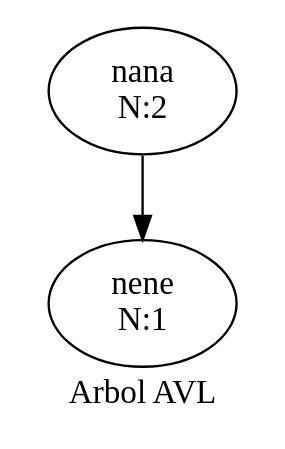
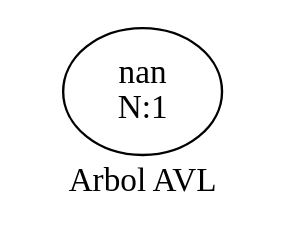
The diagram in EDD_Proyecto2/ArchivosDot/ArbolAVL.dot (hr9457/EDD_1S2020_PY2_201314296), drawn with Graphviz before and after one commit. The commit also changed 16 other files, not shown here.

```diff
--- a/EDD_Proyecto2/ArchivosDot/ArbolAVL.dot
+++ b/EDD_Proyecto2/ArchivosDot/ArbolAVL.dot
@@ -1,10 +1,7 @@
 digraph arbolAVL{
 rankdir=TB;
-nodonana[ label = " nana
-N:2" ];
-nodonana->nodonene;
-nodonene[ label = " nene
+nodonan[ label = " nan
 N:1" ];
 
 label = " Arbol AVL "; 
 }
```
